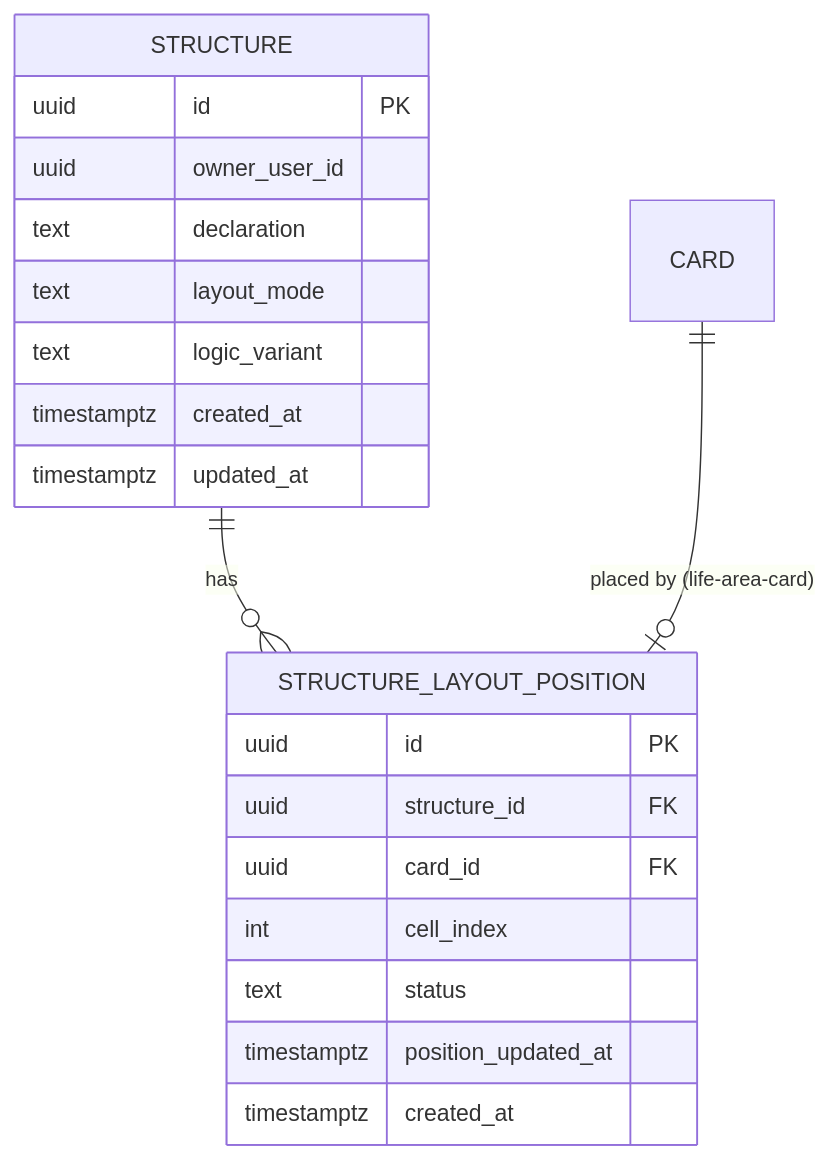
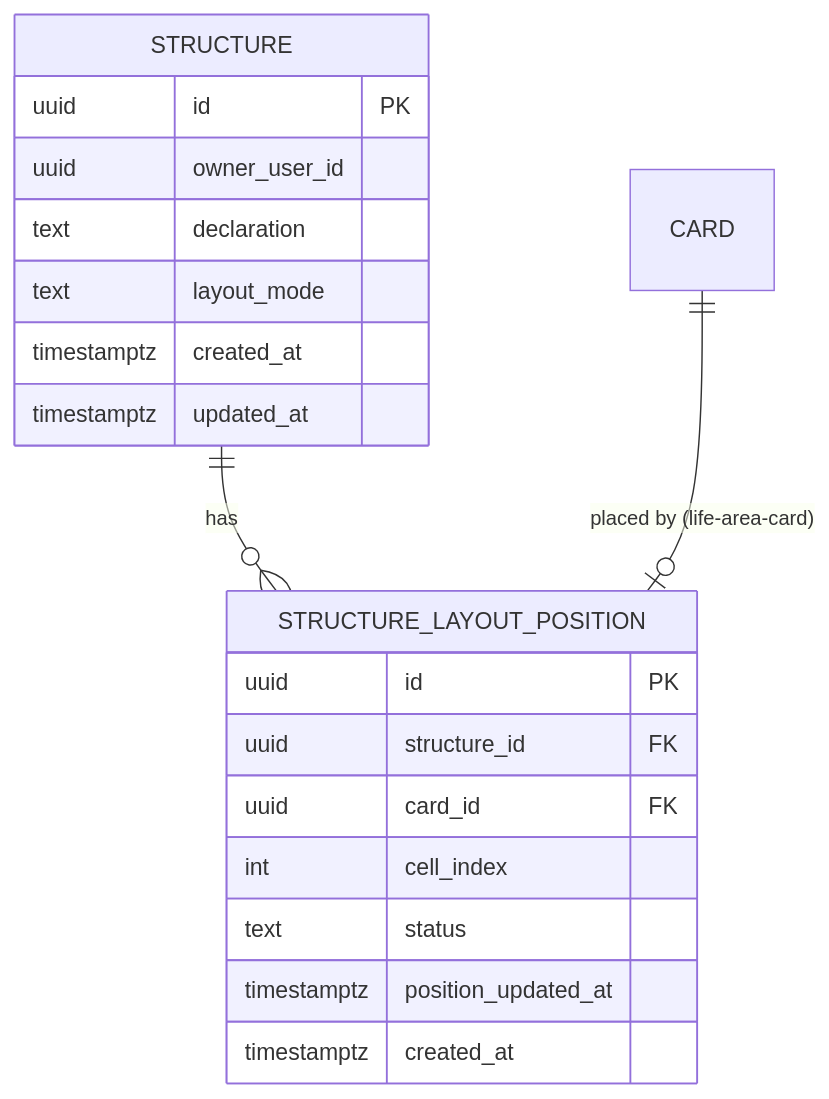
The first of 2 diagrams in docs/features/structure/data-model.md (danyllukandrey-cloud/claude-workspace), drawn with Mermaid before and after one commit. The commit also changed other lines of this file and 38 other files, not shown here.

````diff
--- a/docs/features/structure/data-model.md
+++ b/docs/features/structure/data-model.md
@@ -19,24 +19,23 @@
 ```mermaid
 erDiagram
     STRUCTURE ||--o{ STRUCTURE_LAYOUT_POSITION : has
     CARD ||--o| STRUCTURE_LAYOUT_POSITION : "placed by (life-area-card)"
 
     STRUCTURE {
         uuid id PK
         uuid owner_user_id
         text declaration
         text layout_mode
-        text logic_variant
         timestamptz created_at
         timestamptz updated_at
     }
     STRUCTURE_LAYOUT_POSITION {
         uuid id PK
         uuid structure_id FK
         uuid card_id FK
         int cell_index
         text status
         timestamptz position_updated_at
         timestamptz created_at
     }
 ```
````
